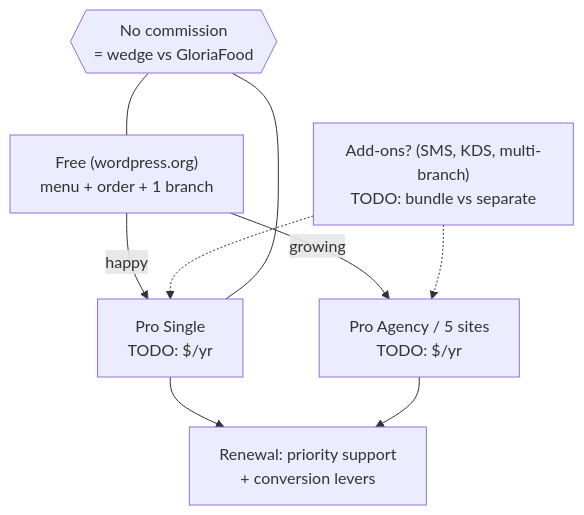
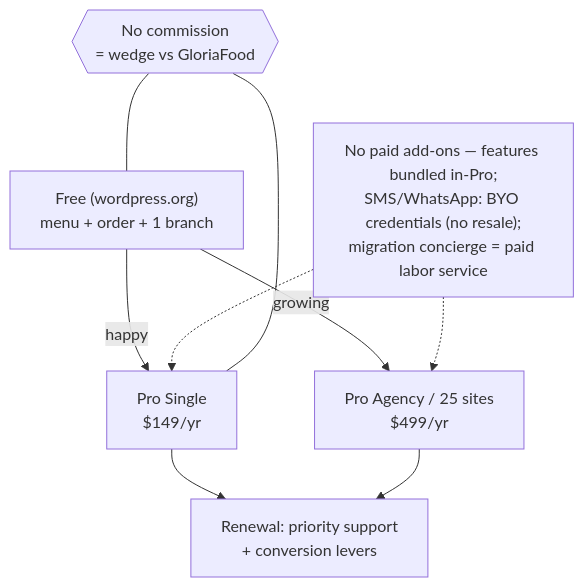
The first of 2 diagrams in smooth-restuarant/05-business-model-gtm.md (sakib3201/smooth-restaurant), drawn with Mermaid before and after one commit. The commit also changed other lines of this file and 17 other files, not shown here.

````diff
--- a/smooth-restuarant/05-business-model-gtm.md
+++ b/smooth-restuarant/05-business-model-gtm.md
@@ -17,13 +17,13 @@
 ```mermaid
 flowchart TD
-    FREE["Free (wordpress.org)<br/>menu + order + 1 branch"] -->|happy| PRO1["Pro Single<br/>TODO: $/yr"]
-    FREE -->|growing| PRO2["Pro Agency / 5 sites<br/>TODO: $/yr"]
+    FREE["Free (wordpress.org)<br/>menu + order + 1 branch"] -->|happy| PRO1["Pro Single<br/>$149/yr"]
+    FREE -->|growing| PRO2["Pro Agency / 25 sites<br/>$499/yr"]
     PRO1 --> RENEW["Renewal: priority support<br/>+ conversion levers"]
     PRO2 --> RENEW
-    ADD["Add-ons? (SMS, KDS, multi-branch)<br/>TODO: bundle vs separate"] -.-> PRO1
+    ADD["No paid add-ons — features bundled in-Pro;<br/>SMS/WhatsApp: BYO credentials (no resale);<br/>migration concierge = paid labor service"] -.-> PRO1
     ADD -.-> PRO2
     NOCOMM{{"No commission<br/>= wedge vs GloriaFood"}} --- FREE
     NOCOMM --- PRO1
 
     class PRO1 internal-link
 ```
````
